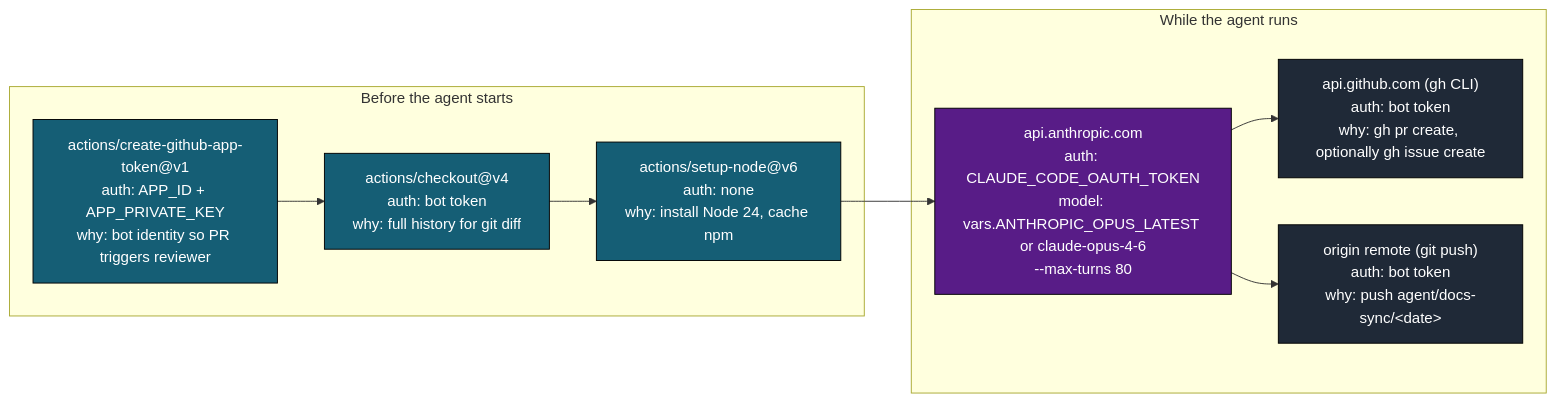
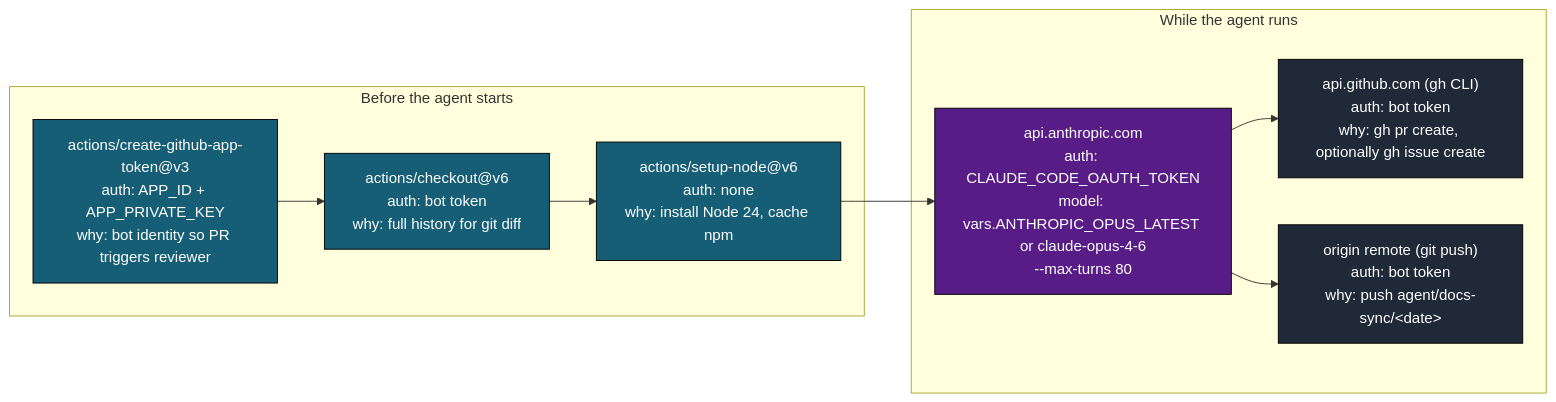
One commit to llm-exe/llm-exe changed diagram 11 of 16 in .github/docs/DOCS_SYNC_DEEP_DIVE.md. Above: the diagram before and after it, drawn with Mermaid. The commit also changed other lines of this file and 19 other files, not shown here.

First line of the commit message:
Update GitHub Actions to use latest versions of create-github-app-token and checkout actions

````diff
--- a/.github/docs/DOCS_SYNC_DEEP_DIVE.md
+++ b/.github/docs/DOCS_SYNC_DEEP_DIVE.md
@@ -430,21 +430,21 @@
 ```mermaid
 flowchart LR
     classDef pre fill:#155e75,color:#fff,stroke:#000
     classDef llm fill:#581c87,color:#fff,stroke:#000
     classDef gh fill:#1f2937,color:#fff,stroke:#000
 
     subgraph Pre["Before the agent starts"]
-        c1["actions/create-github-app-token@v1\nauth: APP_ID + APP_PRIVATE_KEY\nwhy: bot identity so PR triggers reviewer"]:::pre
-        c2["actions/checkout@v4\nauth: bot token\nwhy: full history for git diff"]:::pre
+        c1["actions/create-github-app-token@v3\nauth: APP_ID + APP_PRIVATE_KEY\nwhy: bot identity so PR triggers reviewer"]:::pre
+        c2["actions/checkout@v6\nauth: bot token\nwhy: full history for git diff"]:::pre
         c3["actions/setup-node@v6\nauth: none\nwhy: install Node 24, cache npm"]:::pre
     end
 
     subgraph During["While the agent runs"]
         d1["api.anthropic.com\nauth: CLAUDE_CODE_OAUTH_TOKEN\nmodel: vars.ANTHROPIC_OPUS_LATEST or claude-opus-4-6\n--max-turns 80"]:::llm
         d2["api.github.com (gh CLI)\nauth: bot token\nwhy: gh pr create, optionally gh issue create"]:::gh
         d3["origin remote (git push)\nauth: bot token\nwhy: push agent/docs-sync/&lt;date&gt;"]:::gh
     end
 
     c1 --> c2 --> c3 --> d1 --> d2
     d1 --> d3
 ```
````
